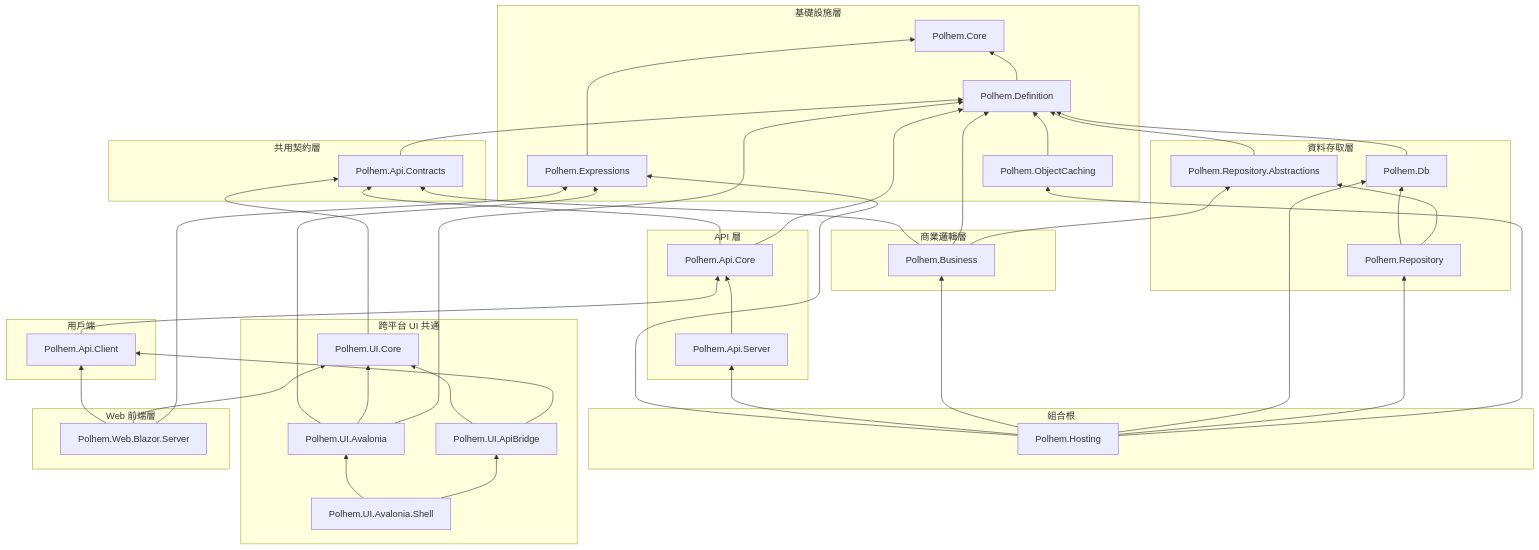
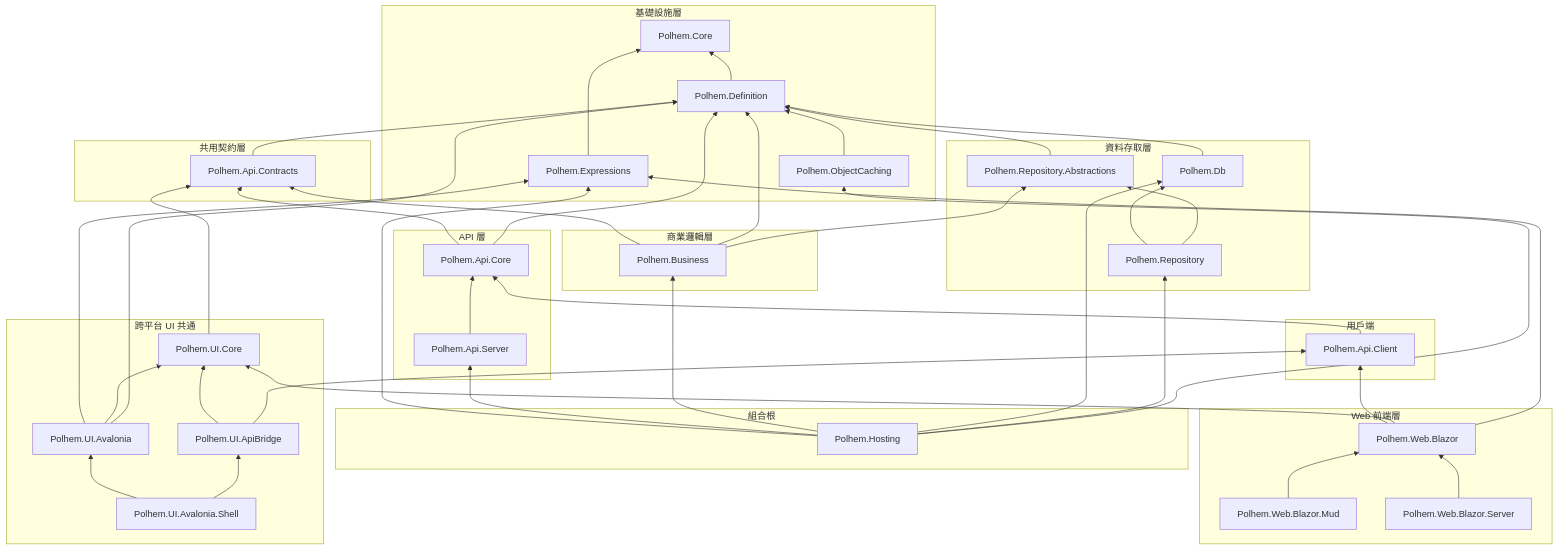
One commit to polhem-dev/polhem changed the diagram in docs/zh-TW/architecture/dependency-map.md. Above: the diagram before and after it, drawn with Mermaid. The commit also changed other lines of this file and 94 other files, not shown here.

First line of the commit message:
Split the Blazor package into a shared layer, a UI package and a host package (#250)

````diff
--- a/docs/zh-TW/architecture/dependency-map.md
+++ b/docs/zh-TW/architecture/dependency-map.md
@@ -56,6 +56,8 @@
   end
 
   subgraph Web 前端層
+    BlazorShared["Polhem.Web.Blazor"]
+    BlazorMud["Polhem.Web.Blazor.Mud"]
     BlazorSrv["Polhem.Web.Blazor.Server"]
   end
 
@@ -88,7 +90,9 @@
   UIApiBridge --> Client
   UIShell --> UIAvalonia
   UIShell --> UIApiBridge
-  BlazorSrv --> Client
-  BlazorSrv --> UICore
-  BlazorSrv --> Expressions
+  BlazorShared --> Client
+  BlazorShared --> UICore
+  BlazorShared --> Expressions
+  BlazorMud --> BlazorShared
+  BlazorSrv --> BlazorShared
 ```
````
